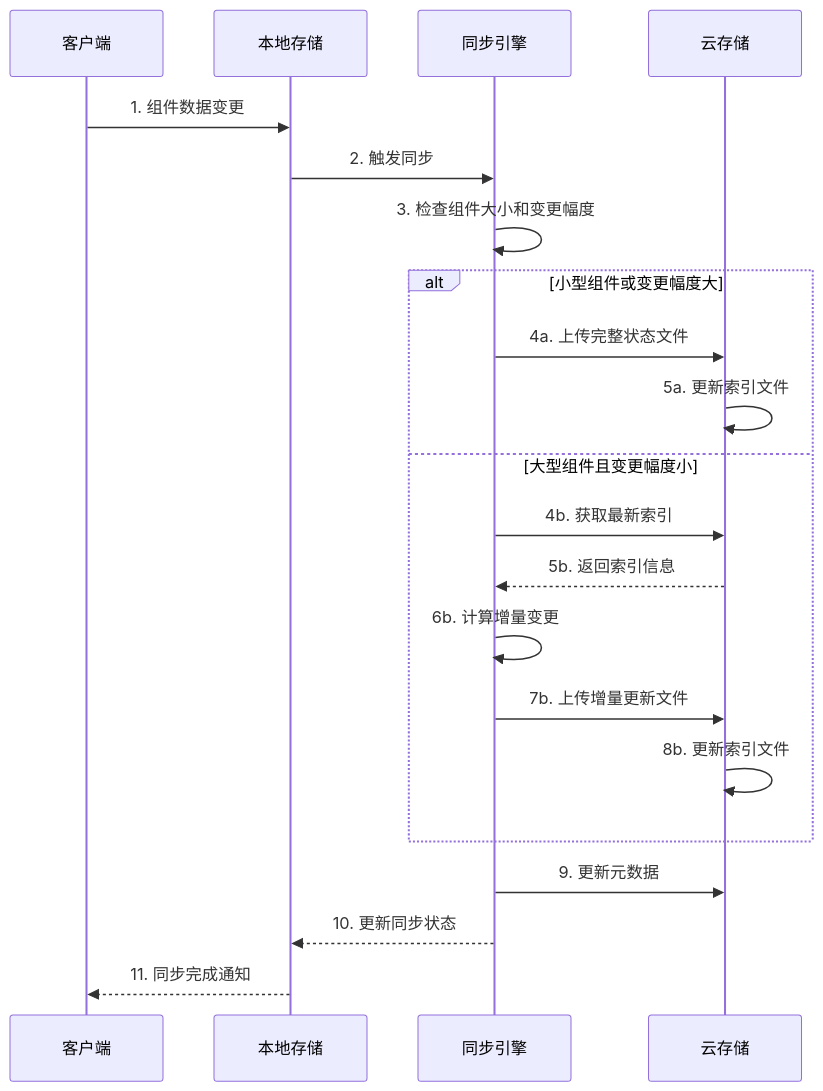
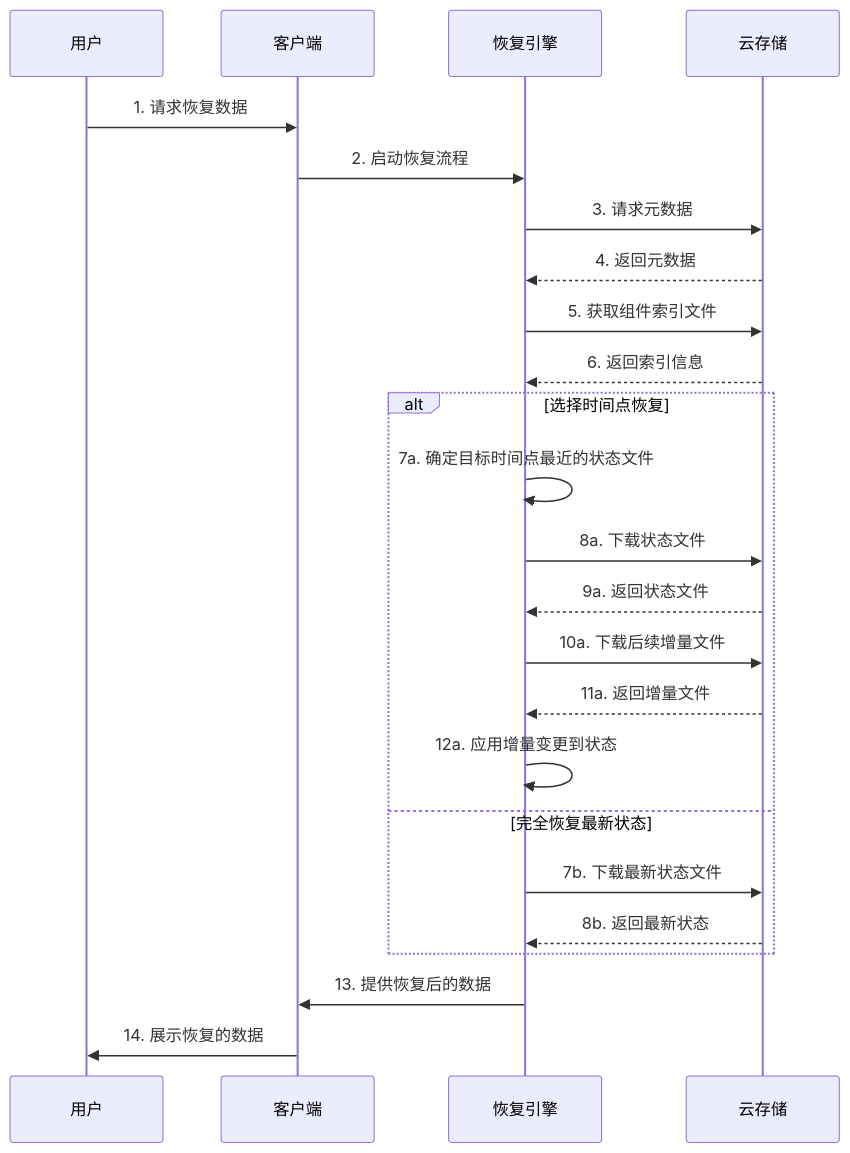
Before and after one commit to yingjianzh/iodraw-files: the diagram in all/未命名-37.md, drawn with Mermaid.

Commit message:
2025-04-18 15:26:34 update

````diff
--- a/all/未命名-37.md
+++ b/all/未命名-37.md
@@ -1,26 +1,29 @@
 ```mermaid
 sequenceDiagram
+    participant 用户
     participant 客户端
-    participant 本地存储
-    participant 同步引擎
+    participant 恢复引擎
     participant 云存储
     
-    客户端->>本地存储: 1. 组件数据变更
-    本地存储->>同步引擎: 2. 触发同步
-    同步引擎->>同步引擎: 3. 检查组件大小和变更幅度
+    用户->>客户端: 1. 请求恢复数据
+    客户端->>恢复引擎: 2. 启动恢复流程
+    恢复引擎->>云存储: 3. 请求元数据
+    云存储-->>恢复引擎: 4. 返回元数据
+    恢复引擎->>云存储: 5. 获取组件索引文件
+    云存储-->>恢复引擎: 6. 返回索引信息
     
-    alt 小型组件或变更幅度大
-        同步引擎->>云存储: 4a. 上传完整状态文件
-        云存储->>云存储: 5a. 更新索引文件
-    else 大型组件且变更幅度小
-        同步引擎->>云存储: 4b. 获取最新索引
-        云存储-->>同步引擎: 5b. 返回索引信息
-        同步引擎->>同步引擎: 6b. 计算增量变更
-        同步引擎->>云存储: 7b. 上传增量更新文件
-        云存储->>云存储: 8b. 更新索引文件
+    alt 选择时间点恢复
+        恢复引擎->>恢复引擎: 7a. 确定目标时间点最近的状态文件
+        恢复引擎->>云存储: 8a. 下载状态文件
+        云存储-->>恢复引擎: 9a. 返回状态文件
+        恢复引擎->>云存储: 10a. 下载后续增量文件
+        云存储-->>恢复引擎: 11a. 返回增量文件
+        恢复引擎->>恢复引擎: 12a. 应用增量变更到状态
+    else 完全恢复最新状态
+        恢复引擎->>云存储: 7b. 下载最新状态文件
+        云存储-->>恢复引擎: 8b. 返回最新状态
     end
     
-    同步引擎->>云存储: 9. 更新元数据
-    同步引擎-->>本地存储: 10. 更新同步状态
-    本地存储-->>客户端: 11. 同步完成通知
+    恢复引擎->>客户端: 13. 提供恢复后的数据
+    客户端->>用户: 14. 展示恢复的数据
 ```
````
